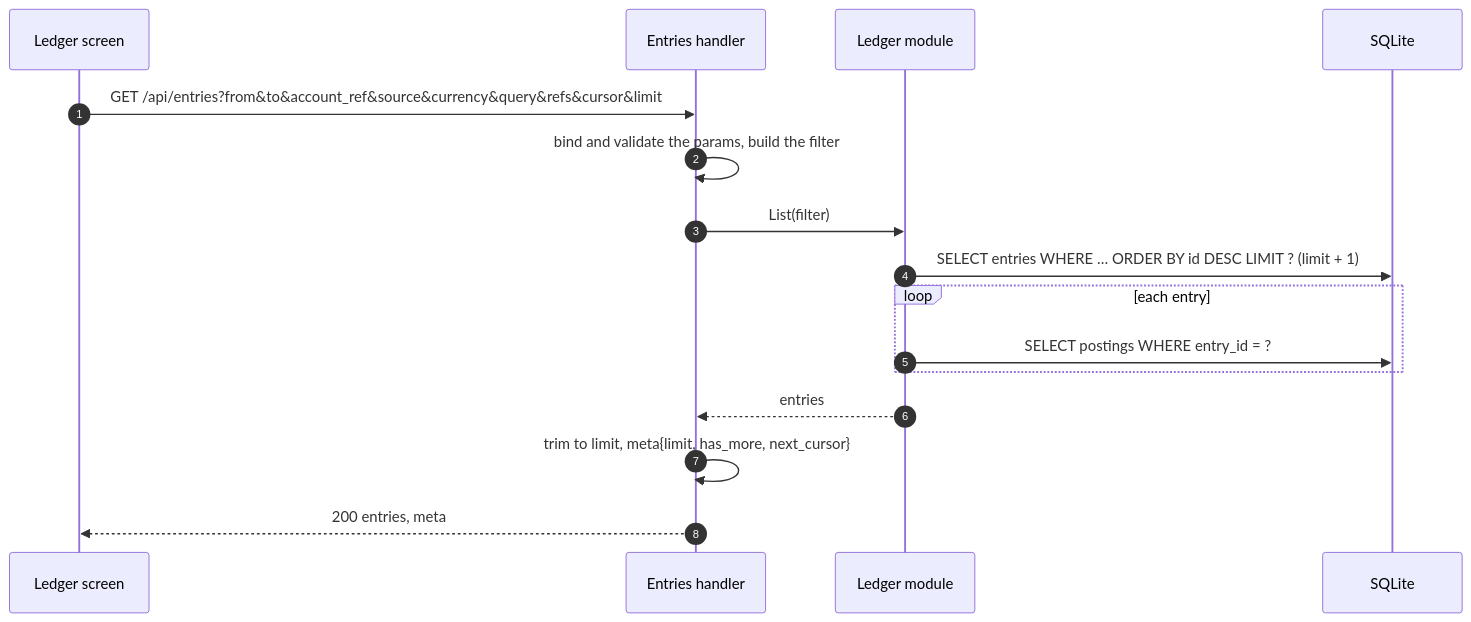
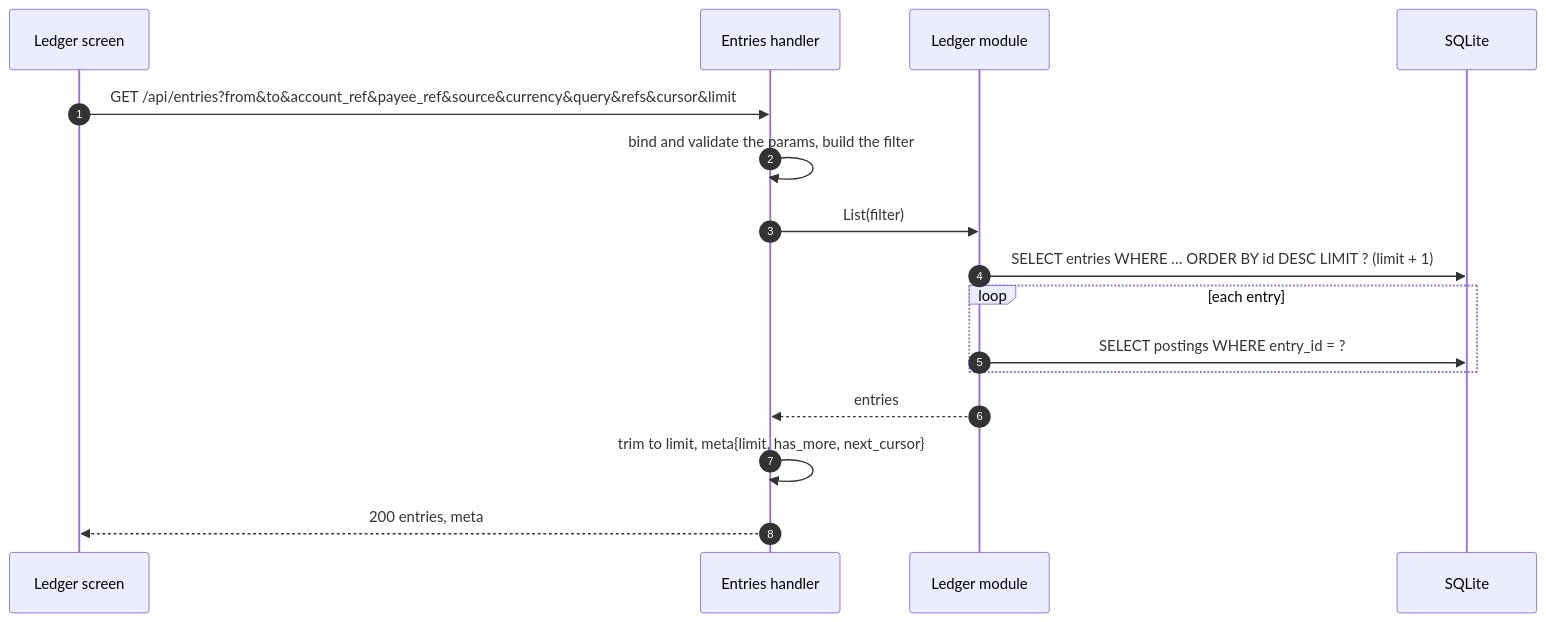
One commit to dimasbaguspm/spenicle changed the diagram in docs/endpoints/GET_api_entries.md. Above: the diagram before and after it, drawn with Mermaid. The commit also changed other lines of this file and 25 other files, not shown here.

````diff
--- a/docs/endpoints/GET_api_entries.md
+++ b/docs/endpoints/GET_api_entries.md
@@ -69,18 +71,18 @@
 ```mermaid
 sequenceDiagram
     autonumber
     participant UI as Ledger screen
     participant H as Entries handler
     participant L as Ledger module
     participant DB as SQLite
-    UI->>H: GET /api/entries?from&to&account_ref&source&currency&query&refs&cursor&limit
+    UI->>H: GET /api/entries?from&to&account_ref&payee_ref&source&currency&query&refs&cursor&limit
     H->>H: bind and validate the params, build the filter
     H->>L: List(filter)
     L->>DB: SELECT entries WHERE … ORDER BY id DESC LIMIT ? (limit + 1)
     loop each entry
         L->>DB: SELECT postings WHERE entry_id = ?
     end
     L-->>H: entries
     H->>H: trim to limit, meta{limit, has_more, next_cursor}
     H-->>UI: 200 entries, meta
 ```
````
